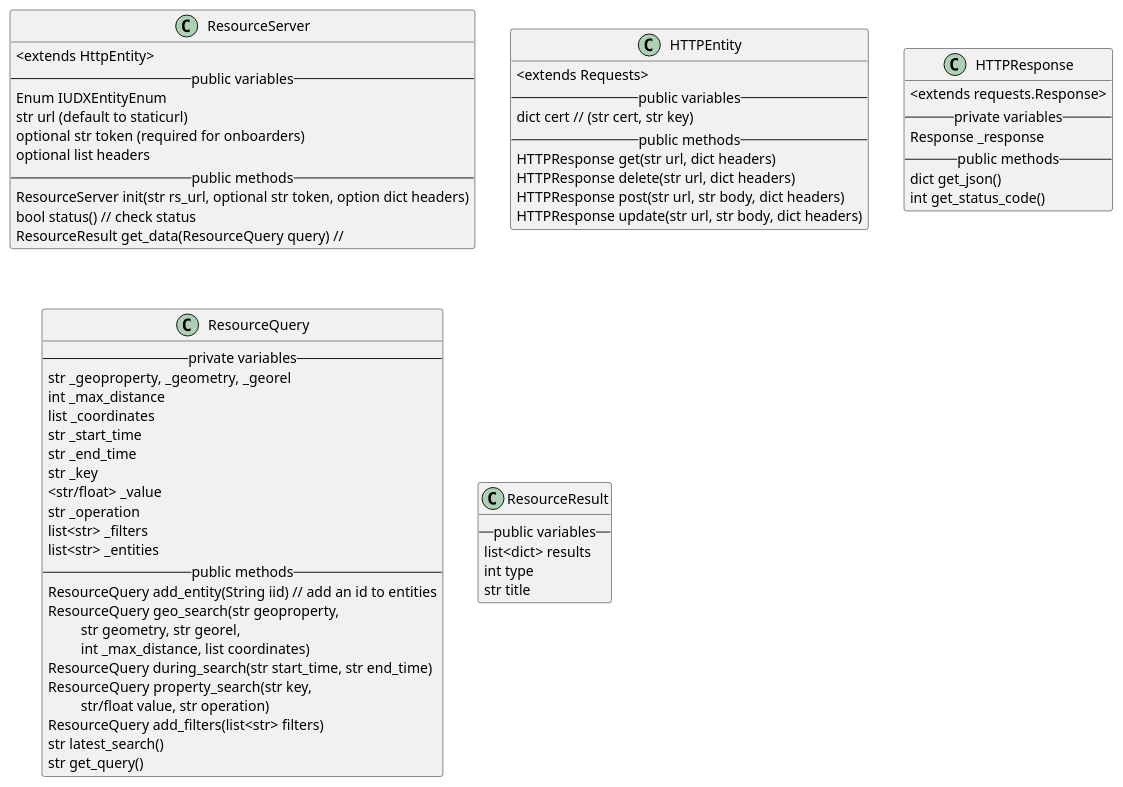
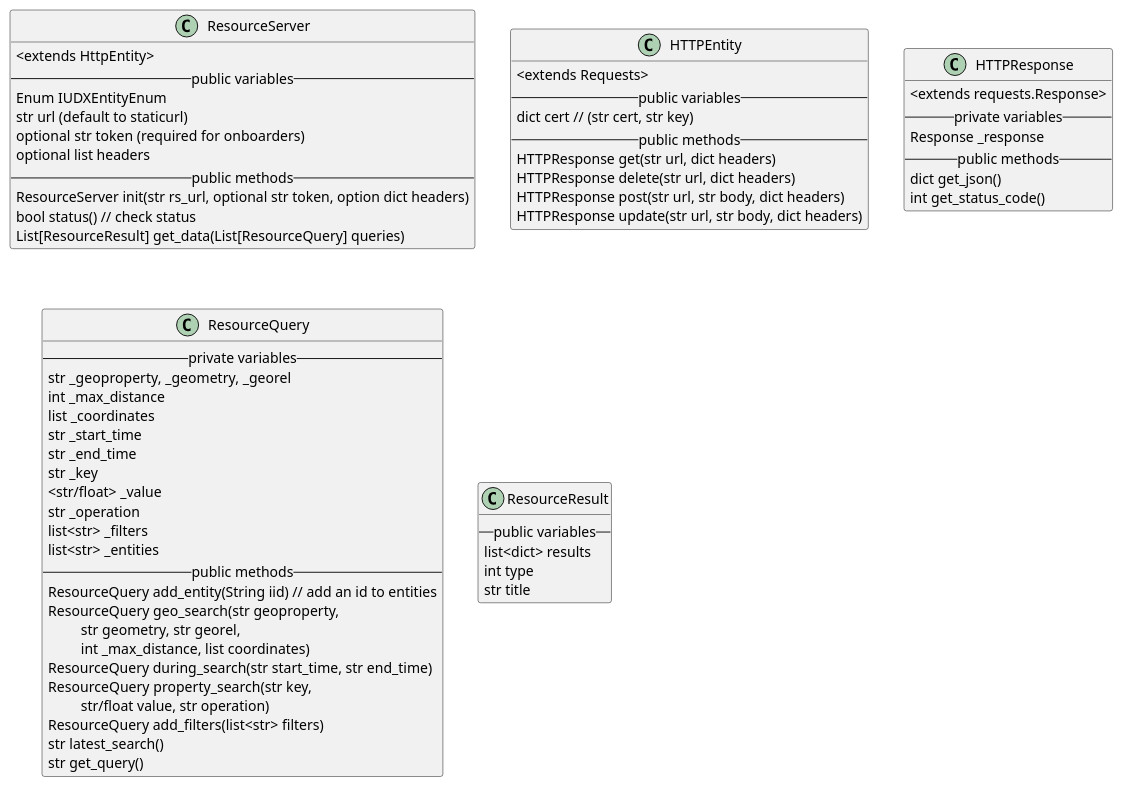
One commit to datakaveri/iudx-python-sdk changed the diagram in docs/diagrams/ResourceServer.puml. Above: the diagram before and after it, drawn with PlantUML. The commit also changed 6 other files, not shown here.

```diff
--- a/docs/diagrams/ResourceServer.puml
+++ b/docs/diagrams/ResourceServer.puml
@@ -1,71 +1,71 @@
 @startuml
 class ResourceServer  {
     <extends HttpEntity>
   -- public variables --
   Enum IUDXEntityEnum
   str url (default to staticurl)
   optional str token (required for onboarders)
   optional list headers
   -- public methods --
   ResourceServer init(str rs_url, optional str token, option dict headers)
   bool status() // check status
-  ResourceResult get_data(ResourceQuery query) // 
+  List[ResourceResult] get_data(List[ResourceQuery] queries)
 }
 
 class HTTPEntity  {
   <extends Requests>
   -- public variables --
   dict cert // (str cert, str key)
   -- public methods --
   HTTPResponse get(str url, dict headers)
   HTTPResponse delete(str url, dict headers)
   HTTPResponse post(str url, str body, dict headers)
   HTTPResponse update(str url, str body, dict headers)
 }
 
 class HTTPResponse {
   <extends requests.Response>
   -- private variables --
   Response _response
   -- public methods --
   dict get_json()
   int get_status_code()
 }
 
 
 class ResourceQuery {
     -- private variables--
     str _geoproperty, _geometry, _georel
     int _max_distance
     list _coordinates
     str _start_time
     str _end_time
     str _key
     <str/float> _value
     str _operation
     list<str> _filters
     list<str> _entities
     -- public methods --
     ResourceQuery add_entity(String iid) // add an id to entities
     ResourceQuery geo_search(str geoproperty,
         \t str geometry, str georel, 
         \t int _max_distance, list coordinates)
     ResourceQuery during_search(str start_time, str end_time)
     ResourceQuery property_search(str key,
         \t str/float value, str operation)
     ResourceQuery add_filters(list<str> filters)
     str latest_search()
     str get_query()
 }
 
 
 class ResourceResult {
     -- public variables --
     list<dict> results
     int type
     str title
 }
 
 
 
 @enduml
```
